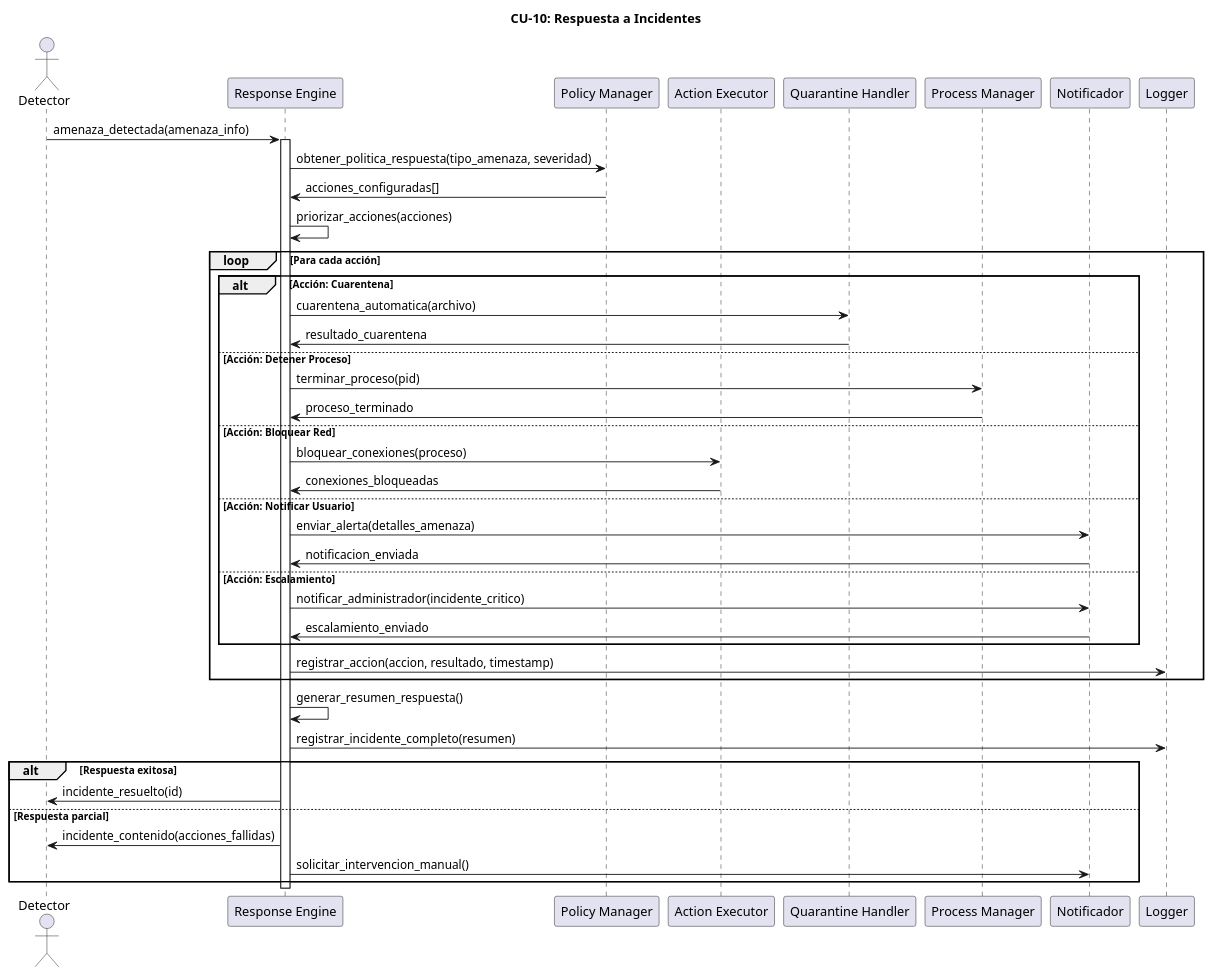
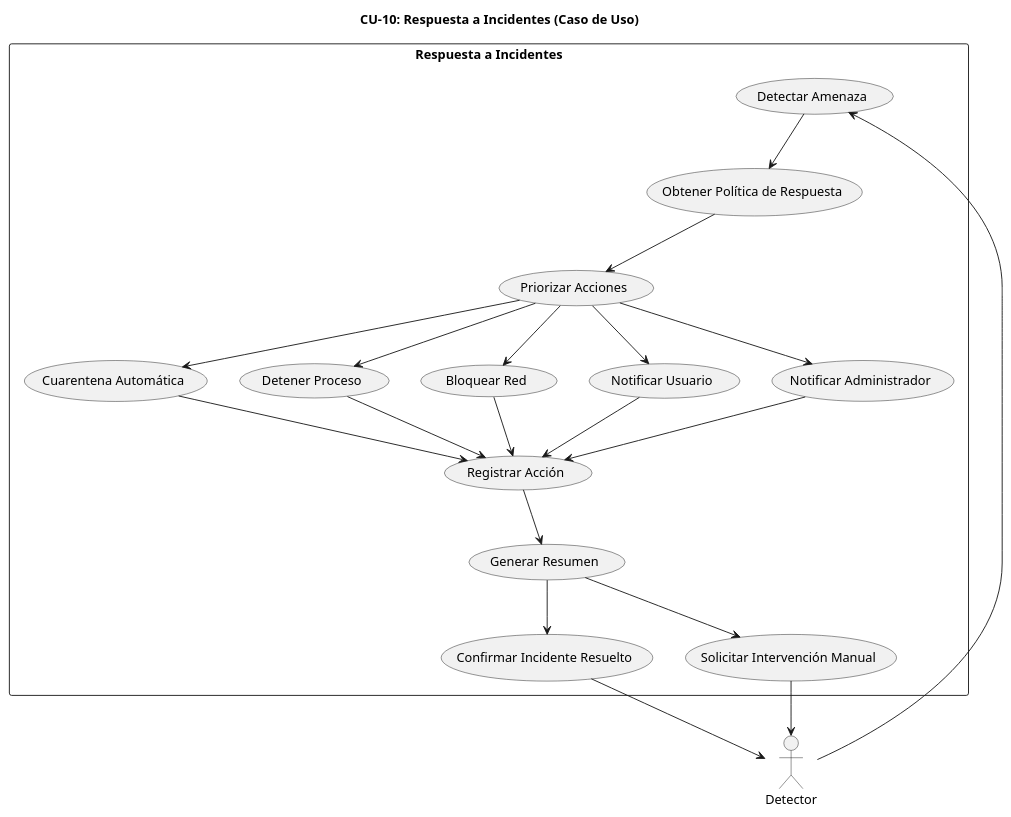
One commit to KrCrimson/ANTIVIRUS_CPP_PROFESSIONAL changed diagram 11 of 13 in UNIFIED_ANTIVIRUS/diagramas/casos_de_uso/diagramas_casos_uso.md. Above: the diagram before and after it, drawn with PlantUML. The commit also changed other lines of this file and 30 other files, not shown here.

Commit message:
diagramas y pruebas estaticas

````diff
--- a/UNIFIED_ANTIVIRUS/diagramas/casos_de_uso/diagramas_casos_uso.md
+++ b/UNIFIED_ANTIVIRUS/diagramas/casos_de_uso/diagramas_casos_uso.md
@@ -581,59 +422,42 @@
 ```plantuml
 @startuml cu10_respuesta_incidentes
-title CU-10: Respuesta a Incidentes
+title CU-10: Respuesta a Incidentes (Caso de Uso)
 
 actor "Detector" as detector
-participant "Response Engine" as engine
-participant "Policy Manager" as policy
-participant "Action Executor" as executor
-participant "Quarantine Handler" as quarantine
-participant "Process Manager" as procmgr
-participant "Notificador" as notifier
-participant "Logger" as log
 
-detector -> engine : amenaza_detectada(amenaza_info)
-activate engine
+rectangle "Respuesta a Incidentes" {
+  (Detectar Amenaza) as detectar
+  (Obtener Política de Respuesta) as politica
+  (Priorizar Acciones) as priorizar
+  (Cuarentena Automática) as cuarentena
+  (Detener Proceso) as detener
+  (Bloquear Red) as bloquear
+  (Notificar Usuario) as notificar
+  (Notificar Administrador) as escalar
+  (Registrar Acción) as registrar
+  (Generar Resumen) as resumen
+  (Confirmar Incidente Resuelto) as resuelto
+  (Solicitar Intervención Manual) as intervencion
+}
 
-engine -> policy : obtener_politica_respuesta(tipo_amenaza, severidad)
-policy -> engine : acciones_configuradas[]
+detector --> detectar
+detectar --> politica
+politica --> priorizar
+priorizar --> cuarentena
+priorizar --> detener
+priorizar --> bloquear
+priorizar --> notificar
+priorizar --> escalar
+cuarentena --> registrar
+detener --> registrar
+bloquear --> registrar
+notificar --> registrar
+escalar --> registrar
+registrar --> resumen
+resumen --> resuelto
+resumen --> intervencion
+resuelto --> detector
+intervencion --> detector
 
-engine -> engine : priorizar_acciones(acciones)
-
-loop Para cada acción
-    alt Acción: Cuarentena
-        engine -> quarantine : cuarentena_automatica(archivo)
-        quarantine -> engine : resultado_cuarentena
-        
-    else Acción: Detener Proceso
-        engine -> procmgr : terminar_proceso(pid)
-        procmgr -> engine : proceso_terminado
-        
-    else Acción: Bloquear Red
-        engine -> executor : bloquear_conexiones(proceso)
-        executor -> engine : conexiones_bloqueadas
-        
-    else Acción: Notificar Usuario
-        engine -> notifier : enviar_alerta(detalles_amenaza)
-        notifier -> engine : notificacion_enviada
-        
-    else Acción: Escalamiento
-        engine -> notifier : notificar_administrador(incidente_critico)
-        notifier -> engine : escalamiento_enviado
-    end
-    
-    engine -> log : registrar_accion(accion, resultado, timestamp)
-end
-
-engine -> engine : generar_resumen_respuesta()
-engine -> log : registrar_incidente_completo(resumen)
-
-alt Respuesta exitosa
-    engine -> detector : incidente_resuelto(id)
-else Respuesta parcial
-    engine -> detector : incidente_contenido(acciones_fallidas)
-    engine -> notifier : solicitar_intervencion_manual()
-end
-
-deactivate engine
 @enduml
 ```
````
